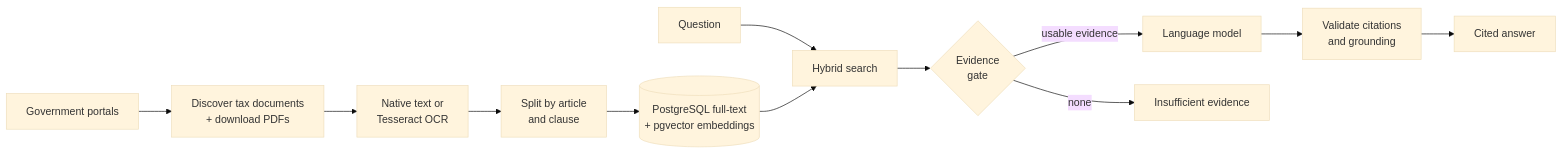
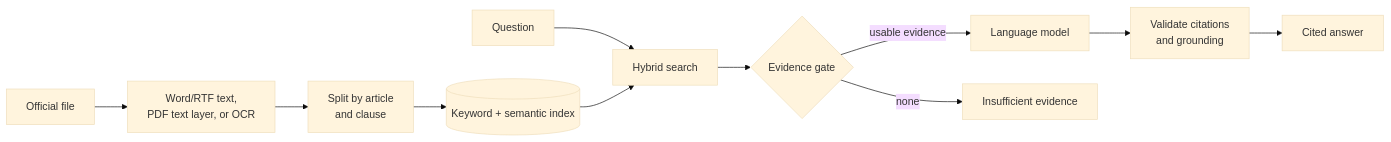
The second of 2 diagrams in README.md (thaitri2005/TaxLens-AI), drawn with Mermaid (base theme) before and after one commit. The commit also changed other lines of this file and 27 other files, not shown here.

````diff
--- a/README.md
+++ b/README.md
@@ -33,14 +65,13 @@
 ```mermaid
 flowchart LR
-    Portal[Government portals] --> Ingest[Discover tax documents<br/>+ download PDFs]
-    Ingest --> OCR[Native text or<br/>Tesseract OCR]
-    OCR --> Chunk[Split by article<br/>and clause]
-    Chunk --> Index[(PostgreSQL full-text<br/>+ pgvector embeddings)]
+    Doc[Official file] --> Text[Word/RTF text,<br/>PDF text layer, or OCR]
+    Text --> Chunk[Split by article<br/>and clause]
+    Chunk --> Index[(Keyword + semantic index)]
     Question --> Search[Hybrid search]
     Index --> Search
-    Search --> Gate{Evidence<br/>gate}
+    Search --> Gate{Evidence gate}
     Gate -->|usable evidence| LLM[Language model]
     Gate -->|none| Refuse[Insufficient evidence]
     LLM --> Check[Validate citations<br/>and grounding]
     Check --> Answer[Cited answer]
 ```
````
